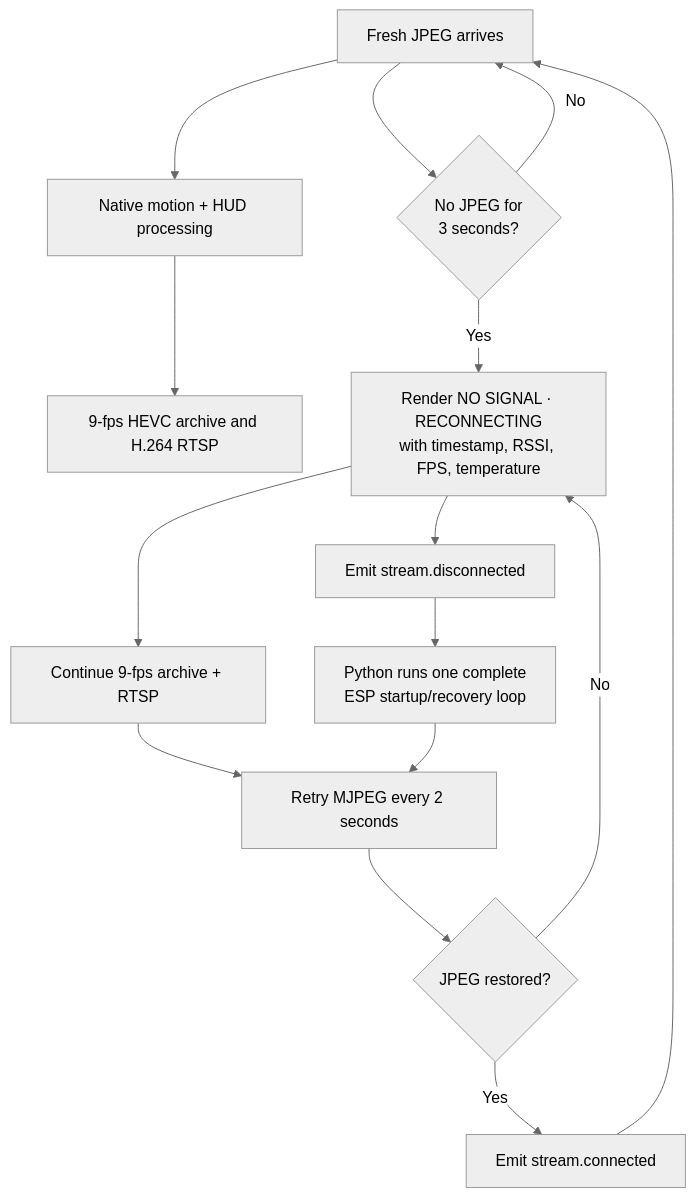
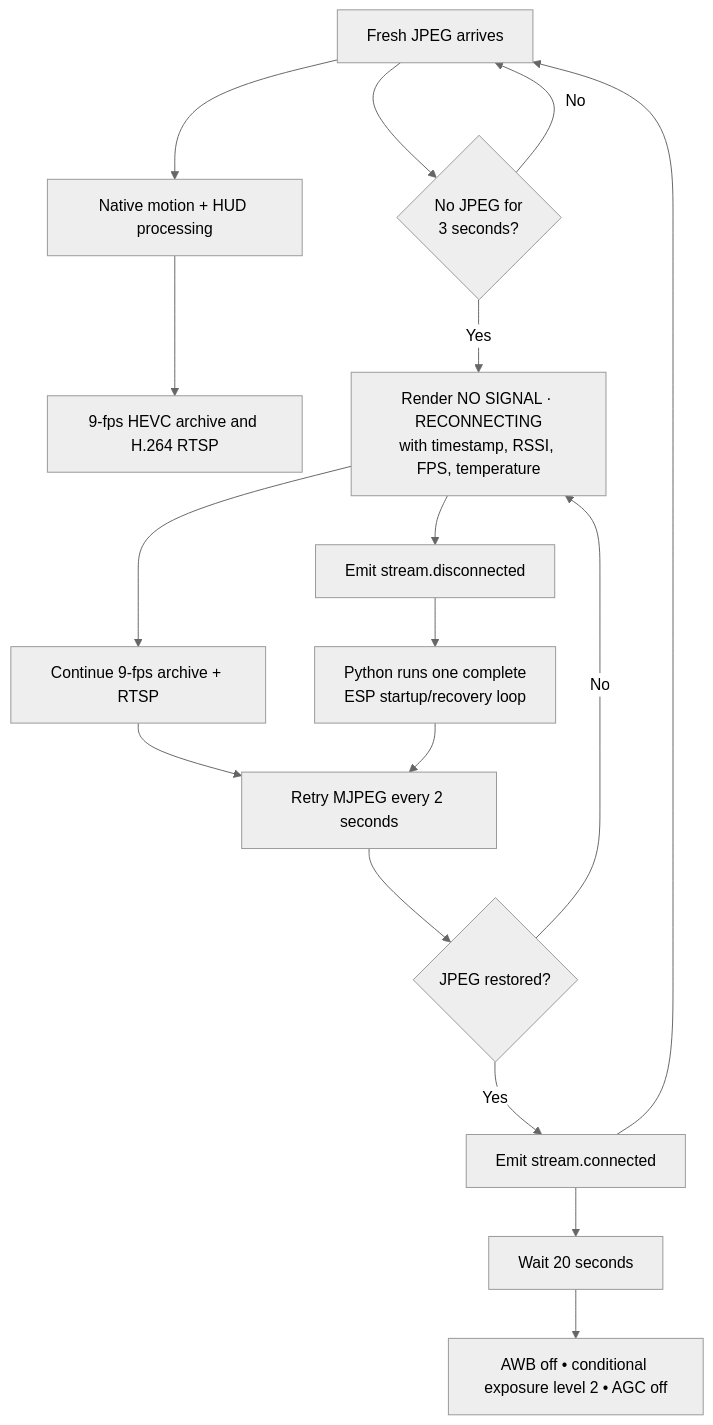
Before and after one commit to aneeshpatne/CCTV: the second of 2 diagrams in README.md, drawn with Mermaid (neutral theme). The commit also changed other lines of this file and 2 other files, not shown here.

````diff
--- a/README.md
+++ b/README.md
@@ -79,17 +79,19 @@
 ```mermaid
 flowchart TD
     Frames[Fresh JPEG arrives] --> Analyze[Native motion + HUD processing]
     Analyze --> Output[9-fps HEVC archive and H.264 RTSP]
     Frames --> Watchdog{No JPEG for\n3 seconds?}
     Watchdog -- No --> Frames
     Watchdog -- Yes --> NoSignal[Render NO SIGNAL · RECONNECTING\nwith timestamp, RSSI, FPS, temperature]
     NoSignal --> KeepAlive[Continue 9-fps archive + RTSP]
     NoSignal --> Event[Emit stream.disconnected]
     Event --> Startup[Python runs one complete\nESP startup/recovery loop]
     KeepAlive --> Retry[Retry MJPEG every 2 seconds]
     Startup --> Retry
     Retry --> Restored{JPEG restored?}
     Restored -- No --> NoSignal
     Restored -- Yes --> Connected[Emit stream.connected]
     Connected --> Frames
+    Connected --> Stabilize[Wait 20 seconds]
+    Stabilize --> Tune[AWB off • conditional exposure level 2 • AGC off]
 ```
````
